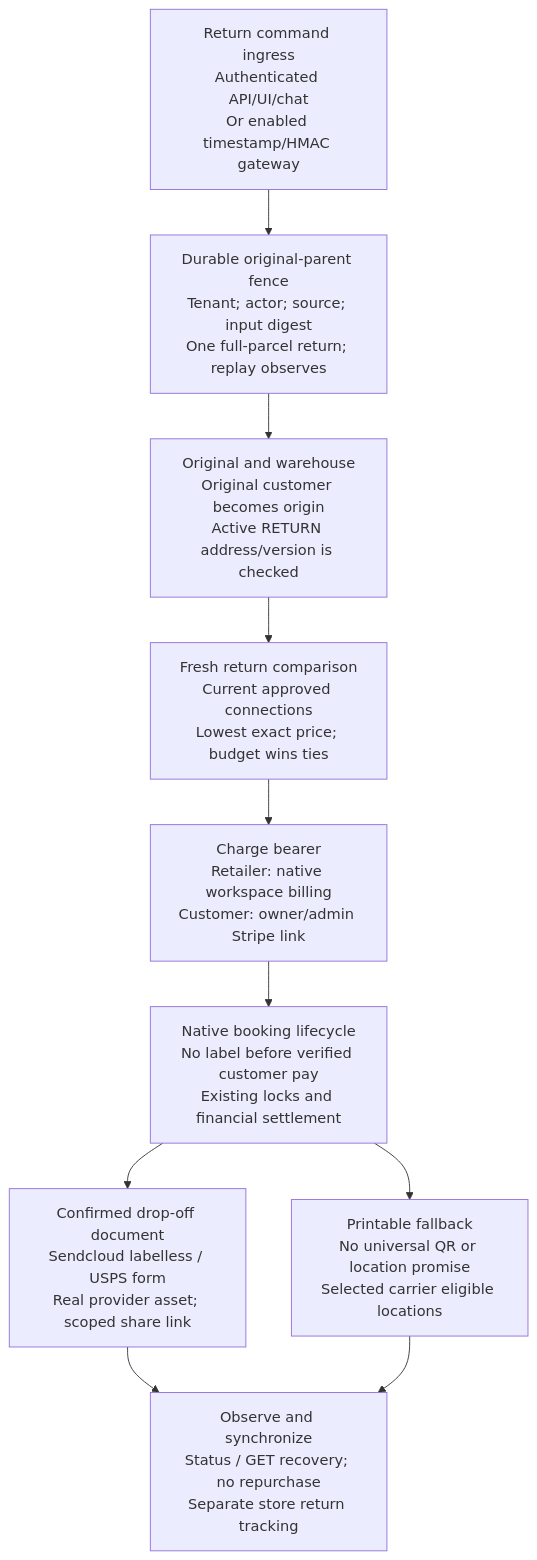
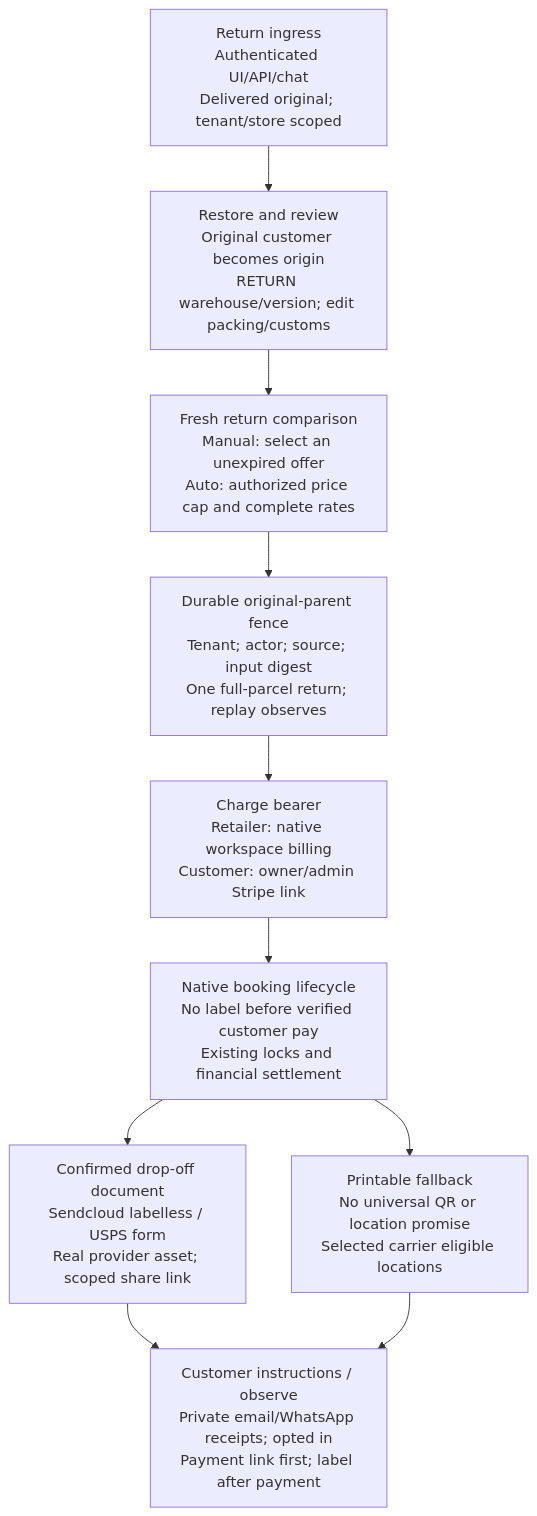
Before and after one commit to sync4ai-lab/easyinvio: the diagram in docs/platform_overview/returns_lifecycle.mmd, drawn with Mermaid. The commit also changed 39 other files, not shown here.

Commit message:
Refresh architecture manual for reviewed returns and customer delivery

```diff
--- a/docs/platform_overview/returns_lifecycle.mmd
+++ b/docs/platform_overview/returns_lifecycle.mmd
@@ -1,20 +1,20 @@
 %% Same logical nodes/edges as the SVG; detailed contracts are in the manual.
 flowchart TB
-    input["Return command ingress<br/>Authenticated API/UI/chat<br/>Or enabled timestamp/HMAC gateway"]
+    input["Return ingress<br/>Authenticated UI/API/chat<br/>Delivered original; tenant/store scoped"]
     receipt["Durable original-parent fence<br/>Tenant; actor; source; input digest<br/>One full-parcel return; replay observes"]
-    parent["Original and warehouse<br/>Original customer becomes origin<br/>Active RETURN address/version is checked"]
-    rate["Fresh return comparison<br/>Current approved connections<br/>Lowest exact price; budget wins ties"]
+    parent["Restore and review<br/>Original customer becomes origin<br/>RETURN warehouse/version; edit packing/customs"]
+    rate["Fresh return comparison<br/>Manual: select an unexpired offer<br/>Auto: authorized price cap and complete rates"]
     payer["Charge bearer<br/>Retailer: native workspace billing<br/>Customer: owner/admin Stripe link"]
     book["Native booking lifecycle<br/>No label before verified customer pay<br/>Existing locks and financial settlement"]
     qr["Confirmed drop-off document<br/>Sendcloud labelless / USPS form<br/>Real provider asset; scoped share link"]
     print["Printable fallback<br/>No universal QR or location promise<br/>Selected carrier eligible locations"]
-    status["Observe and synchronize<br/>Status / GET recovery; no repurchase<br/>Separate store return tracking"]
-    input --> receipt
-    receipt --> parent
+    status["Customer instructions / observe<br/>Private email/WhatsApp receipts; opted in<br/>Payment link first; label after payment"]
+    input --> parent
     parent --> rate
-    rate --> payer
+    rate --> receipt
+    receipt --> payer
     payer --> book
     book --> qr
     book --> print
     qr --> status
     print --> status
```
